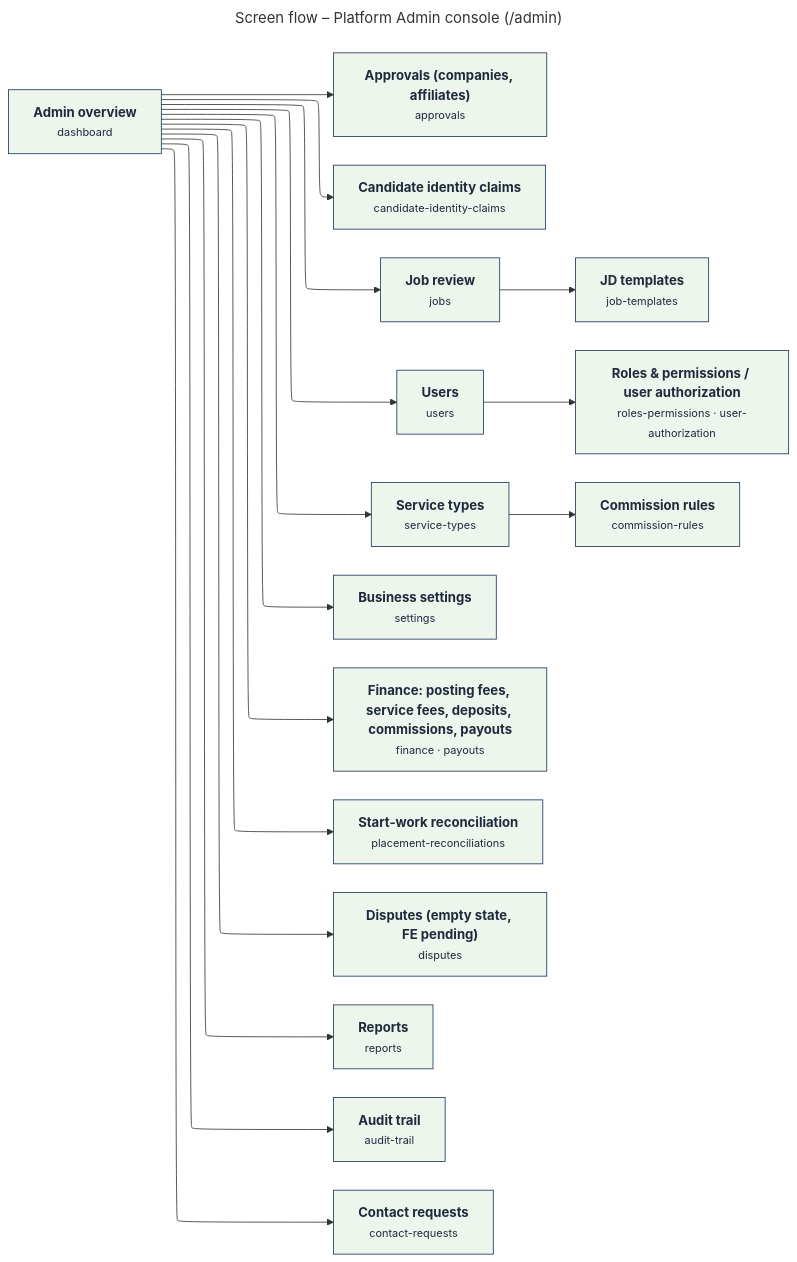
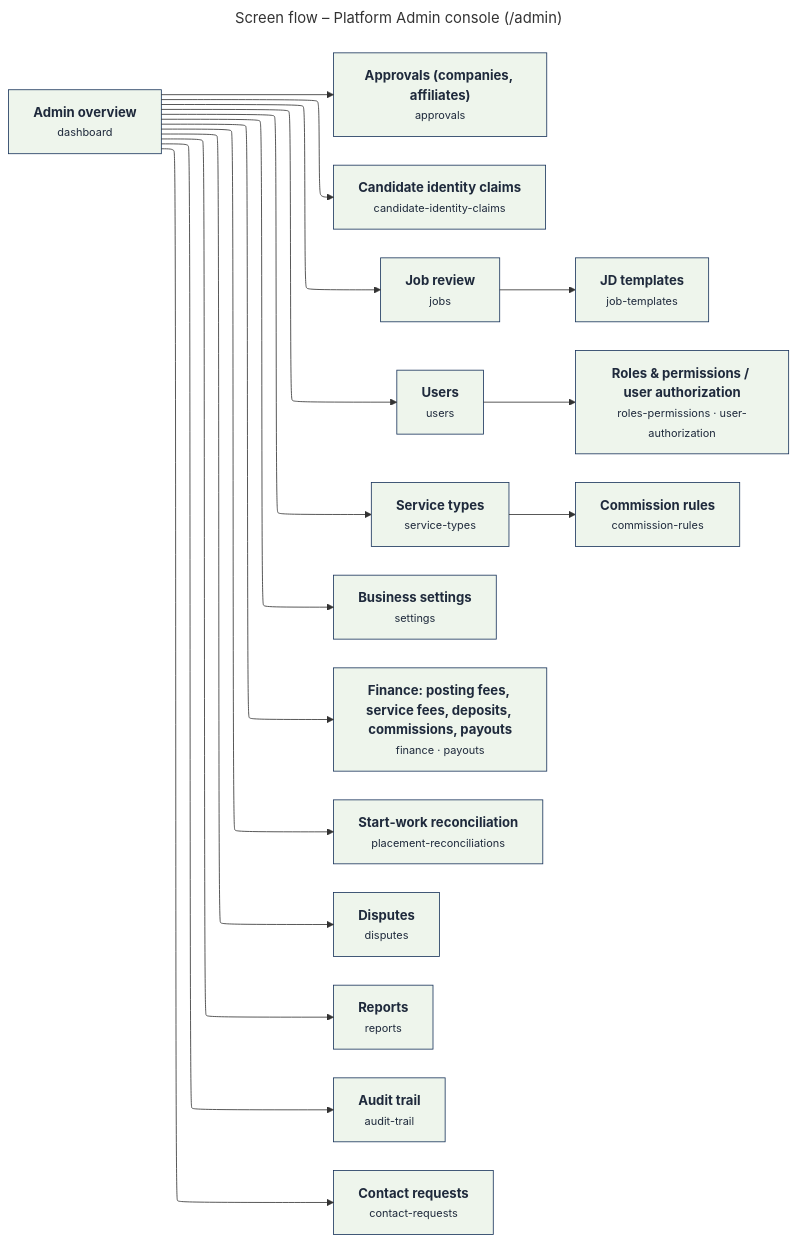
Before and after one commit to hoangqui794/hr-connect: the diagram in docs/diagrams/screen-flows/source/sf-06-admin.mmd, drawn with Mermaid. The commit also changed 40 other files, not shown here.

Commit message:
chore(mf02): update MF02 call flow specification and synchronize system state definitions

```diff
--- a/docs/diagrams/screen-flows/source/sf-06-admin.mmd
+++ b/docs/diagrams/screen-flows/source/sf-06-admin.mmd
@@ -1,38 +1,38 @@
 ---
 title: Screen flow – Platform Admin console (/admin)
 config:
   layout: elk
 ---
 flowchart LR
   admin_dash["<b>Admin overview</b><br/><small>dashboard</small>"]
   admin_appr["<b>Approvals (companies, affiliates)</b><br/><small>approvals</small>"]
   admin_idc["<b>Candidate identity claims</b><br/><small>candidate-identity-claims</small>"]
   admin_jobs["<b>Job review</b><br/><small>jobs</small>"]
   admin_tpl["<b>JD templates</b><br/><small>job-templates</small>"]
   admin_users["<b>Users</b><br/><small>users</small>"]
   admin_rbac["<b>Roles & permissions / user authorization</b><br/><small>roles-permissions · user-authorization</small>"]
   admin_st["<b>Service types</b><br/><small>service-types</small>"]
   admin_cr["<b>Commission rules</b><br/><small>commission-rules</small>"]
   admin_set["<b>Business settings</b><br/><small>settings</small>"]
   admin_fin["<b>Finance: posting fees, service fees, deposits, commissions, payouts</b><br/><small>finance · payouts</small>"]
   admin_rec["<b>Start-work reconciliation</b><br/><small>placement-reconciliations</small>"]
-  admin_disp["<b>Disputes (empty state, FE pending)</b><br/><small>disputes</small>"]
+  admin_disp["<b>Disputes</b><br/><small>disputes</small>"]
   admin_rep["<b>Reports</b><br/><small>reports</small>"]
   admin_audit["<b>Audit trail</b><br/><small>audit-trail</small>"]
   admin_contact["<b>Contact requests</b><br/><small>contact-requests</small>"]
   admin_dash --> admin_appr
   admin_dash --> admin_idc
   admin_dash --> admin_jobs
   admin_jobs --> admin_tpl
   admin_dash --> admin_users
   admin_users --> admin_rbac
   admin_dash --> admin_st
   admin_st --> admin_cr
   admin_dash --> admin_set
   admin_dash --> admin_fin
   admin_dash --> admin_rec
   admin_dash --> admin_disp
   admin_dash --> admin_rep
   admin_dash --> admin_audit
   admin_dash --> admin_contact
   classDef default fill:#EEF5EC,stroke:#1B365D,color:#1F2A3C
```
